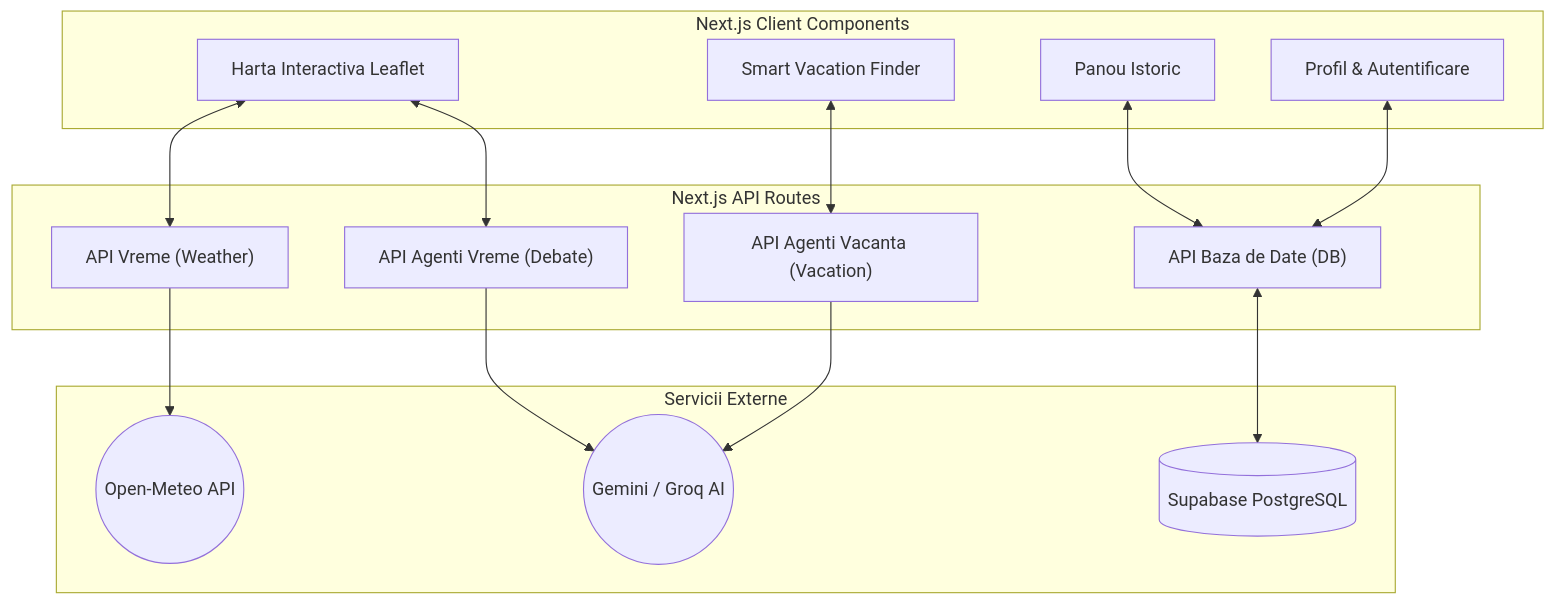
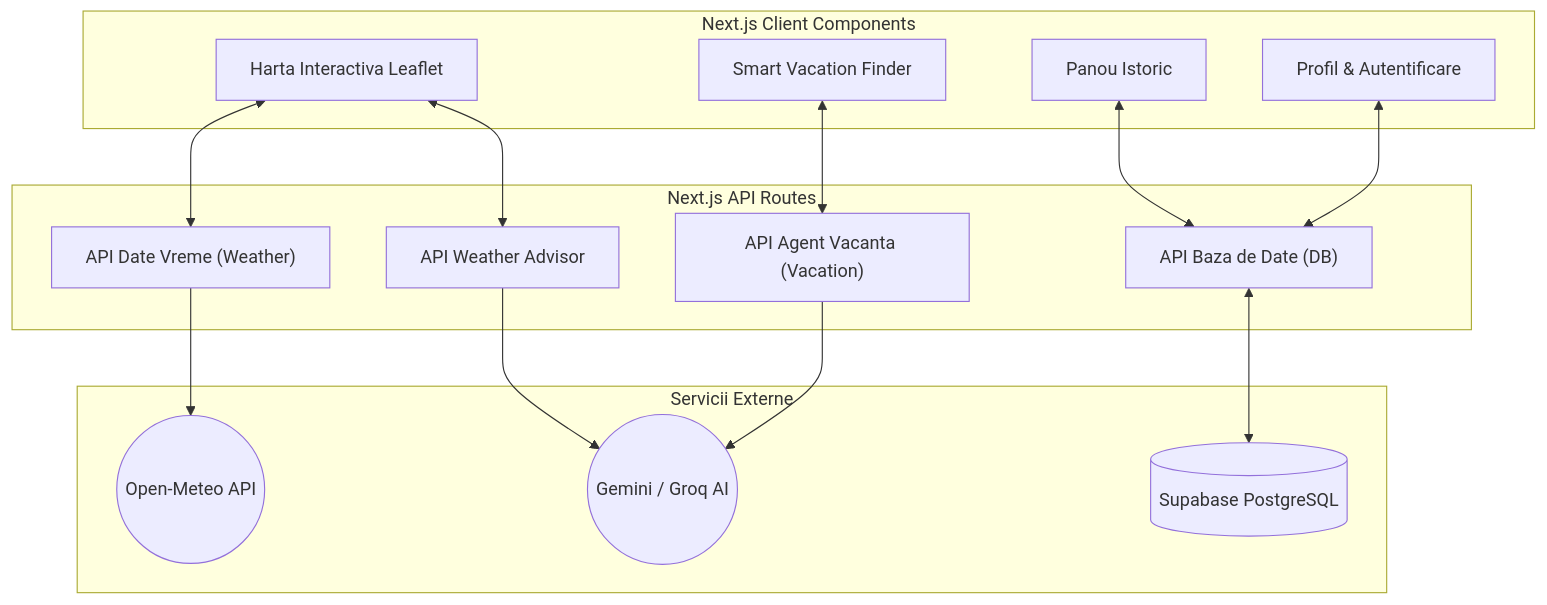
Before and after one commit to anca786/StormTalk: the first of 3 diagrams in docs/architecture.md, drawn with Mermaid. The commit also changed other lines of this file, not shown here.

Commit message:
docs: use professional participant box and rename to Advisor

````diff
--- a/docs/architecture.md
+++ b/docs/architecture.md
@@ -9,37 +9,37 @@
 ```mermaid
 graph TD
     %% Frontend Components
     subgraph Frontend ["Next.js Client Components"]
         Map["Harta Interactiva Leaflet"]
         Vacation["Smart Vacation Finder"]
         Profile["Profil & Autentificare"]
         History["Panou Istoric"]
     end
 
     %% Backend API Routes
     subgraph Backend ["Next.js API Routes"]
-        API_Weather["API Vreme (Weather)"]
-        API_Debate["API Agenti Vreme (Debate)"]
-        API_Vacation["API Agenti Vacanta (Vacation)"]
+        API_Weather["API Date Vreme (Weather)"]
+        API_Advisor["API Weather Advisor"]
+        API_Vacation["API Agent Vacanta (Vacation)"]
         API_DB["API Baza de Date (DB)"]
     end
 
     %% External Services
     subgraph External ["Servicii Externe"]
         OpenMeteo(("Open-Meteo API"))
         Gemini(("Gemini / Groq AI"))
         Supabase[("Supabase PostgreSQL")]
     end
 
     %% Connections
     Map <--> API_Weather
-    Map <--> API_Debate
+    Map <--> API_Advisor
     Vacation <--> API_Vacation
     History <--> API_DB
     Profile <--> API_DB
 
     API_Weather --> OpenMeteo
-    API_Debate --> Gemini
+    API_Advisor --> Gemini
     API_Vacation --> Gemini
     API_DB <--> Supabase
 ```
````
